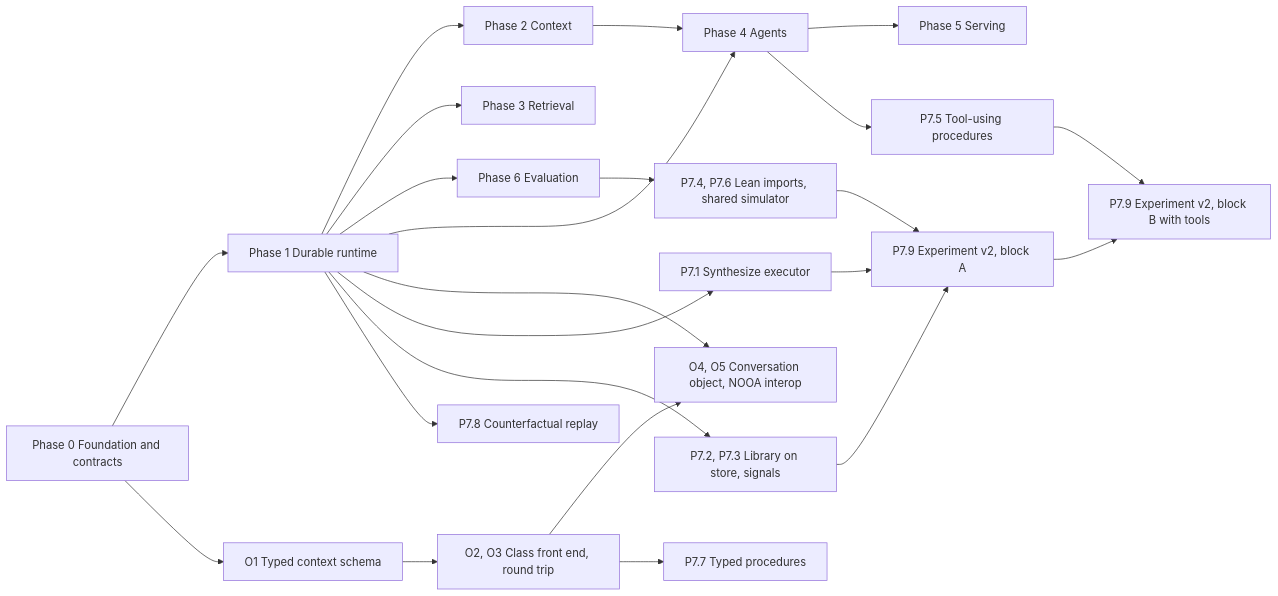
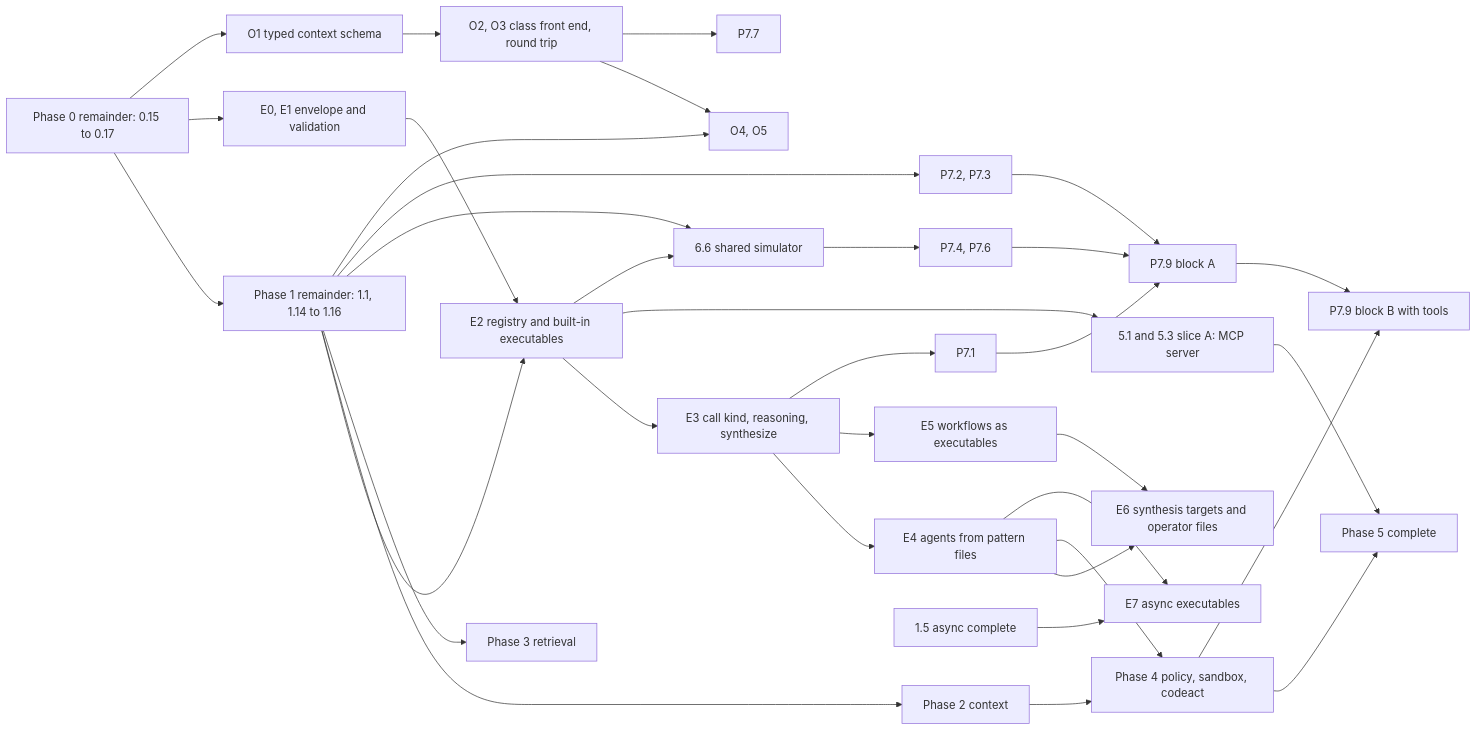
The diagram in docs/2026_roadmap.md (NikolasMarkou/fsm_llm), drawn with Mermaid before and after one commit. The commit also changed other lines of this file and 2 other files, not shown here.

Commit message:
docs: the 2026 roadmap is rewritten as the north star; the restructuring page is folded into it and removed, the nav drops the removed pages

````diff
--- a/docs/2026_roadmap.md
+++ b/docs/2026_roadmap.md
@@ -778,25 +1052,36 @@
 ```mermaid
 flowchart LR
-  P0[Phase 0 Foundation and contracts] --> P1[Phase 1 Durable runtime]
-  P1 --> P2[Phase 2 Context]
-  P1 --> P3[Phase 3 Retrieval]
-  P1 --> P6[Phase 6 Evaluation]
-  P1 --> P4[Phase 4 Agents]
-  P2 --> P4
-  P4 --> P5[Phase 5 Serving]
-  P0 --> O1[O1 Typed context schema]
-  O1 --> O23[O2, O3 Class front end, round trip]
-  O23 --> O45[O4, O5 Conversation object, NOOA interop]
+  P0[Phase 0 remainder: 0.15 to 0.17] --> P1[Phase 1 remainder: 1.1, 1.14 to 1.16]
+  P0 --> E1[E0, E1 envelope and validation]
+  P1 --> E2[E2 registry and built-in executables]
+  E1 --> E2
+  E2 --> E3[E3 call kind, reasoning, synthesize]
+  E2 --> SA[5.1 and 5.3 slice A: MCP server]
+  E3 --> E4[E4 agents from pattern files]
+  E3 --> E5[E5 workflows as executables]
+  E4 --> E6[E6 synthesis targets and operator files]
+  E5 --> E6
+  P1 --> P2[Phase 2 context]
+  P1 --> P3[Phase 3 retrieval]
+  P2 --> P4[Phase 4 policy, sandbox, codeact]
+  E4 --> P4
+  P4 --> P5[Phase 5 complete]
+  SA --> P5
+  E2 --> S6[6.6 shared simulator]
+  P1 --> S6
+  S6 --> P76[P7.4, P7.6]
+  E3 --> P71[P7.1]
+  P1 --> P72[P7.2, P7.3]
+  P0 --> O1[O1 typed context schema]
+  O1 --> O23[O2, O3 class front end, round trip]
+  O23 --> O45[O4, O5]
   P1 --> O45
-  P1 --> S1[P7.1 Synthesize executor]
-  P1 --> S23[P7.2, P7.3 Library on store, signals]
-  P6 --> S46[P7.4, P7.6 Lean imports, shared simulator]
-  P4 --> S5[P7.5 Tool-using procedures]
-  O23 --> S7[P7.7 Typed procedures]
-  P1 --> S8[P7.8 Counterfactual replay]
-  S1 --> XA[P7.9 Experiment v2, block A]
-  S23 --> XA
-  S46 --> XA
-  XA --> XB[P7.9 Experiment v2, block B with tools]
-  S5 --> XB
+  O23 --> P77[P7.7]
+  P71 --> XA[P7.9 block A]
+  P72 --> XA
+  P76 --> XA
+  XA --> XB[P7.9 block B with tools]
+  P4 --> XB
+  A15[1.5 async complete] --> E7[E7 async executables]
+  E4 --> E7
 ```
````
